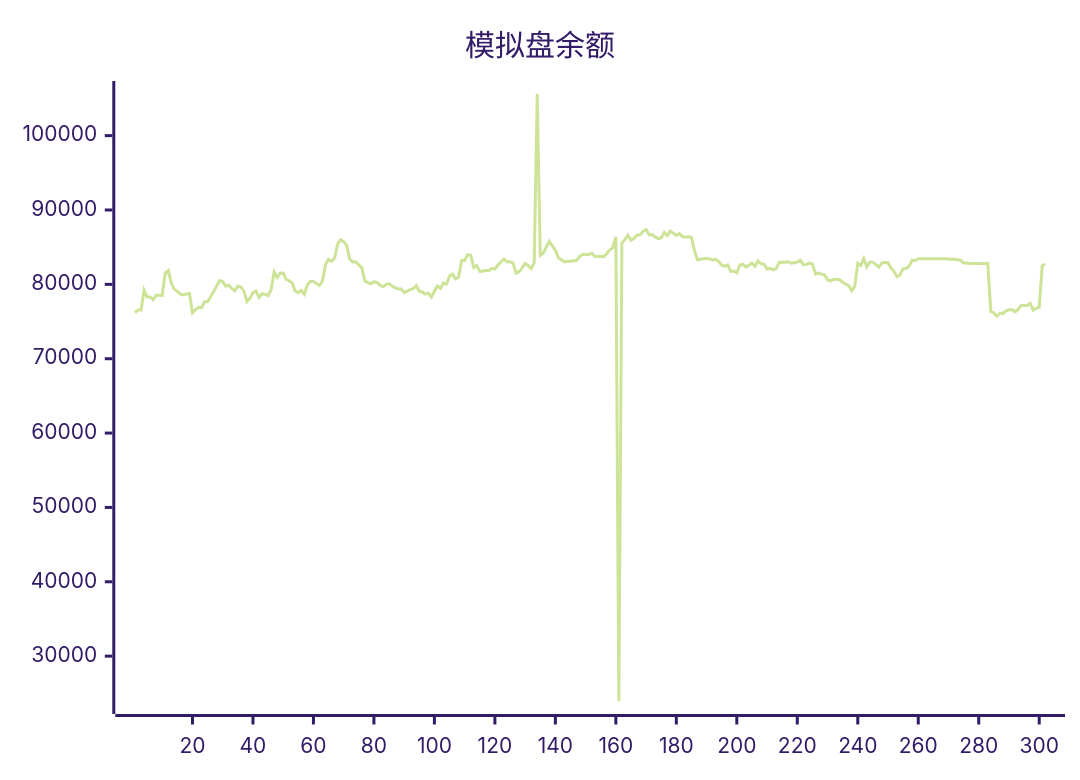
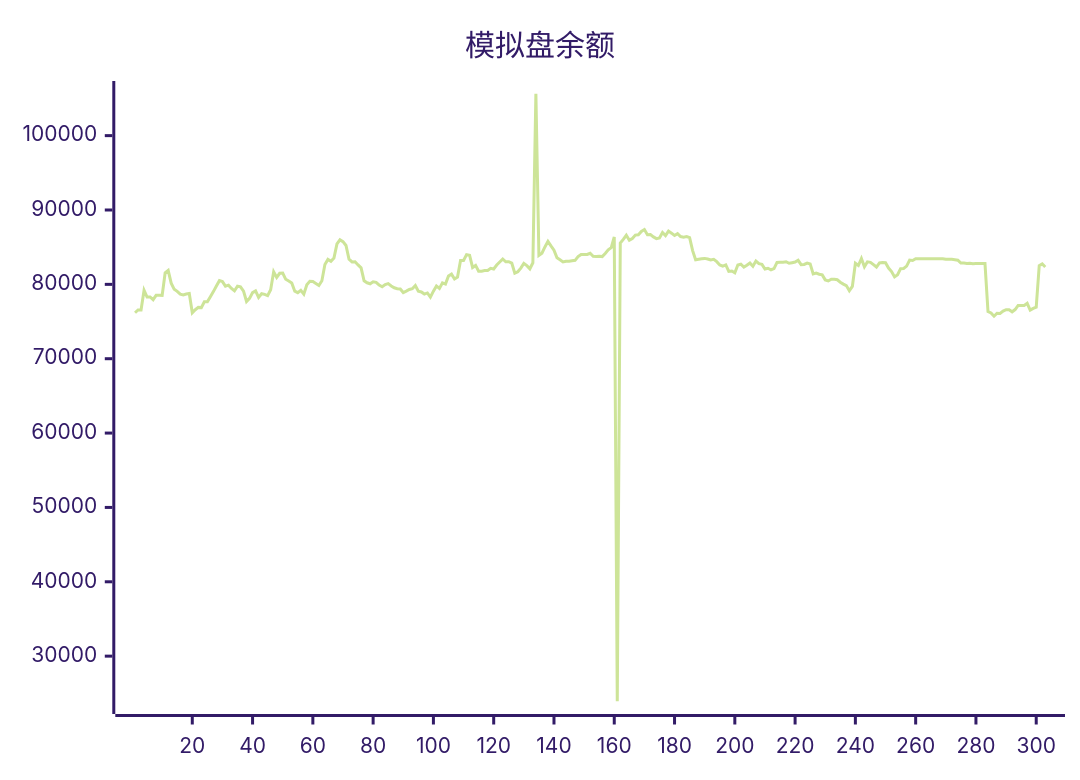
The diagram in README.md (aahl/ai-trading), drawn with Mermaid (forest theme) before and after one commit. The commit also changed other lines of this file and 1 other file, not shown here.

````diff
--- a/README.md
+++ b/README.md
@@ -5,5 +5,5 @@
 ```mermaid
 xychart
     title "模拟盘余额"
-    line [76179,76553,76551,79196,78300,78300,77944,78531,78531,78521,81564,81884,80160,79335,79055,78675,78580,78708,78764,76179,76586,76902,76876,77658,77669,78346,79023,79769,80497,80366,79761,79896,79448,79126,79749,79658,79097,77695,78114,78888,79126,78249,78738,78653,78478,79271,81680,80923,81488,81527,80681,80455,80190,79084,78879,79193,78686,79954,80403,80374,80118,79848,80491,82665,83351,83098,83525,85430,85983,85737,85221,83378,83014,83043,82613,82216,80477,80208,80081,80348,80277,79894,79670,79965,80093,79786,79542,79406,79371,78893,79087,79304,79406,79841,79072,78978,78696,78846,78272,79085,79787,79442,80198,80031,81120,81379,80718,80985,83214,83212,83993,83921,82270,82547,81776,81776,81866,81866,82158,82061,82596,83000,83408,83041,83050,82858,81503,81691,82188,82812,82517,82092,82901,105633,83898,84180,85030,85781,85178,84604,83569,83298,83008,83093,83107,83175,83228,83729,84025,84017,84019,84177,83775,83762,83785,83738,84160,84639,84939,86370,23934,85548,86046,86599,85942,86161,86622,86664,87115,87369,86666,86685,86384,86152,86243,86969,86548,87164,86885,86566,86809,86427,86348,86417,86273,84538,83299,83369,83430,83490,83404,83270,83362,83056,82605,82459,82614,81734,81788,81551,82598,82702,82320,82580,82878,82426,83139,82778,82686,82056,82166,81963,82110,82951,82983,82984,83038,82838,82915,82998,83235,82642,82682,82858,82746,81396,81512,81362,81277,80600,80461,80699,80673,80616,80288,80038,79836,79142,79722,82837,82533,83480,82366,83032,82960,82654,82330,82883,82934,82901,82188,81728,81005,81298,82110,82135,82449,83264,83203,83440,83439,83440,83440,83446,83447,83448,83447,83448,83449,83369,83369,83369,83313,83256,82872,82873,82801,82844,82785,82791,82791,82793,82794,76339,76145,75714,76110,76096,76397,76594,76585,76310,76607,77160,77170,77160,77456,76541,76774,76927,82520,82744]
+    line [76179,76553,76551,79196,78300,78300,77944,78531,78531,78521,81564,81884,80160,79335,79055,78675,78580,78708,78764,76179,76586,76902,76876,77658,77669,78346,79023,79769,80497,80366,79761,79896,79448,79126,79749,79658,79097,77695,78114,78888,79126,78249,78738,78653,78478,79271,81680,80923,81488,81527,80681,80455,80190,79084,78879,79193,78686,79954,80403,80374,80118,79848,80491,82665,83351,83098,83525,85430,85983,85737,85221,83378,83014,83043,82613,82216,80477,80208,80081,80348,80277,79894,79670,79965,80093,79786,79542,79406,79371,78893,79087,79304,79406,79841,79072,78978,78696,78846,78272,79085,79787,79442,80198,80031,81120,81379,80718,80985,83214,83212,83993,83921,82270,82547,81776,81776,81866,81866,82158,82061,82596,83000,83408,83041,83050,82858,81503,81691,82188,82812,82517,82092,82901,105633,83898,84180,85030,85781,85178,84604,83569,83298,83008,83093,83107,83175,83228,83729,84025,84017,84019,84177,83775,83762,83785,83738,84160,84639,84939,86370,23934,85548,86046,86599,85942,86161,86622,86664,87115,87369,86666,86685,86384,86152,86243,86969,86548,87164,86885,86566,86809,86427,86348,86417,86273,84538,83299,83369,83430,83490,83404,83270,83362,83056,82605,82459,82614,81734,81788,81551,82598,82702,82320,82580,82878,82426,83139,82778,82686,82056,82166,81963,82110,82951,82983,82984,83038,82838,82915,82998,83235,82642,82682,82858,82746,81396,81512,81362,81277,80600,80461,80699,80673,80616,80288,80038,79836,79142,79722,82837,82533,83480,82366,83032,82960,82654,82330,82883,82934,82901,82188,81728,81005,81298,82110,82135,82449,83264,83203,83440,83439,83440,83440,83446,83447,83448,83447,83448,83449,83369,83369,83369,83313,83256,82872,82873,82801,82844,82785,82791,82791,82793,82794,76339,76145,75714,76110,76096,76397,76594,76585,76310,76607,77160,77170,77160,77456,76541,76774,76927,82520,82744,82337]
 ```
````
